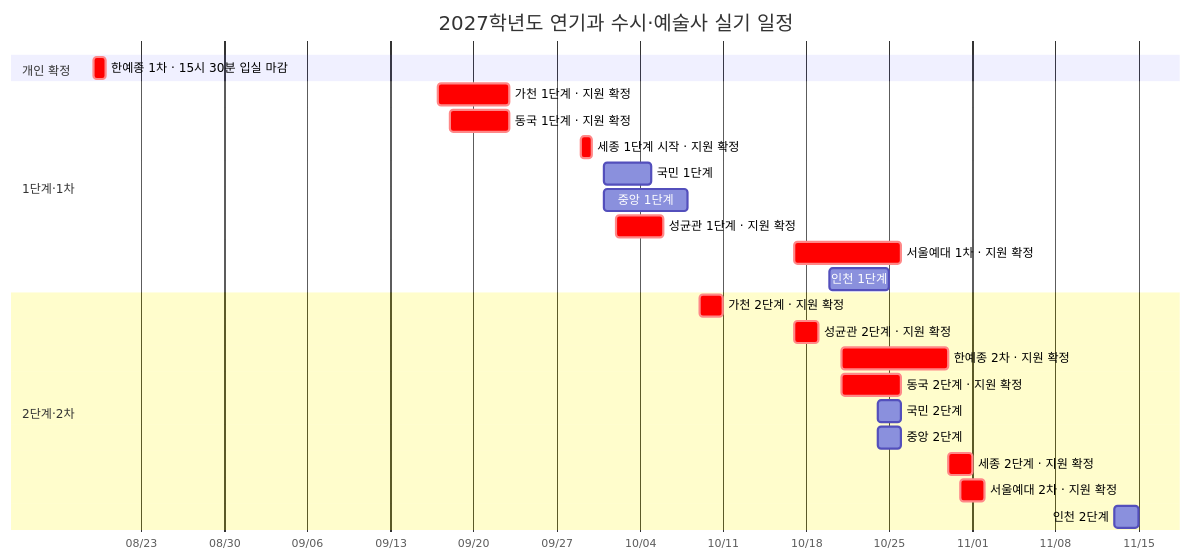
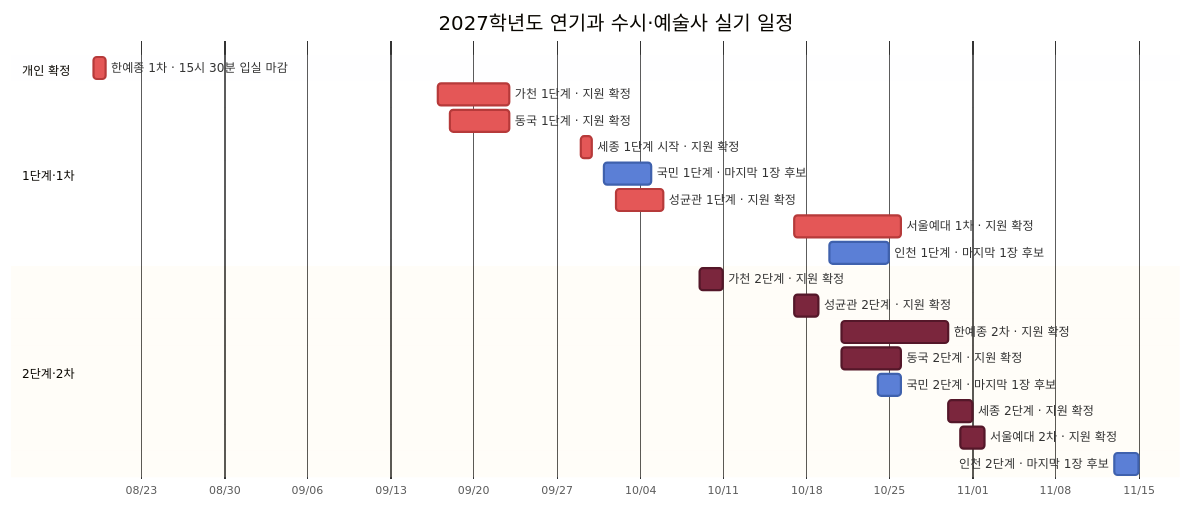
One commit to Aera0512/Base_ changed the diagram in 정리/입시/2027 연기과 시험 일정 그래프.md. Above: the diagram before and after it, drawn with Mermaid. The commit also changed other lines of this file and 2 other files, not shown here.

````diff
--- a/정리/입시/2027 연기과 시험 일정 그래프.md
+++ b/정리/입시/2027 연기과 시험 일정 그래프.md
@@ -31,30 +39,29 @@
 ```mermaid
+%%{init: {"theme":"base","themeVariables":{"taskBkgColor":"#5B7FD6","taskBorderColor":"#3F61AD","critBkgColor":"#E45757","critBorderColor":"#B63A3A","doneTaskBkgColor":"#7B263D","doneTaskBorderColor":"#541729","doneTaskTextColor":"#FFFFFF"}}}%%
 gantt
     title 2027학년도 연기과 수시·예술사 실기 일정
     dateFormat  YYYY-MM-DD
     axisFormat  %m/%d
 
     section 개인 확정
     한예종 1차 · 15시 30분 입실 마감 :crit, karts1, 2026-08-19, 1d
 
     section 1단계·1차
     가천 1단계 · 지원 확정         :crit, gachon1, 2026-09-17, 2026-09-23
     동국 1단계 · 지원 확정         :crit, dongguk1, 2026-09-18, 2026-09-23
     세종 1단계 시작 · 지원 확정     :crit, sejong1, 2026-09-29, 1d
-    국민 1단계                    :kookmin1, 2026-10-01, 2026-10-05
-    중앙 1단계                    :cau1, 2026-10-01, 2026-10-08
+    국민 1단계 · 마지막 1장 후보    :kookmin1, 2026-10-01, 2026-10-05
     성균관 1단계 · 지원 확정       :crit, skku1, 2026-10-02, 2026-10-06
     서울예대 1차 · 지원 확정        :crit, seoularts1, 2026-10-17, 2026-10-26
-    인천 1단계                    :inu1, 2026-10-20, 2026-10-25
+    인천 1단계 · 마지막 1장 후보    :inu1, 2026-10-20, 2026-10-25
 
     section 2단계·2차
-    가천 2단계 · 지원 확정         :crit, gachon2, 2026-10-09, 2026-10-11
-    성균관 2단계 · 지원 확정       :crit, skku2, 2026-10-17, 2026-10-19
-    한예종 2차 · 지원 확정         :crit, karts2, 2026-10-21, 2026-10-30
-    동국 2단계 · 지원 확정         :crit, dongguk2, 2026-10-21, 2026-10-26
-    국민 2단계                    :kookmin2, 2026-10-24, 2026-10-26
-    중앙 2단계                    :cau2, 2026-10-24, 2026-10-26
-    세종 2단계 · 지원 확정          :crit, sejong2, 2026-10-30, 2026-11-01
-    서울예대 2차 · 지원 확정        :crit, seoularts2, 2026-10-31, 2026-11-02
-    인천 2단계                    :inu2, 2026-11-13, 2026-11-15
+    가천 2단계 · 지원 확정         :done, gachon2, 2026-10-09, 2026-10-11
+    성균관 2단계 · 지원 확정       :done, skku2, 2026-10-17, 2026-10-19
+    한예종 2차 · 지원 확정         :done, karts2, 2026-10-21, 2026-10-30
+    동국 2단계 · 지원 확정         :done, dongguk2, 2026-10-21, 2026-10-26
+    국민 2단계 · 마지막 1장 후보    :kookmin2, 2026-10-24, 2026-10-26
+    세종 2단계 · 지원 확정          :done, sejong2, 2026-10-30, 2026-11-01
+    서울예대 2차 · 지원 확정        :done, seoularts2, 2026-10-31, 2026-11-02
+    인천 2단계 · 마지막 1장 후보    :inu2, 2026-11-13, 2026-11-15
 ```
````
